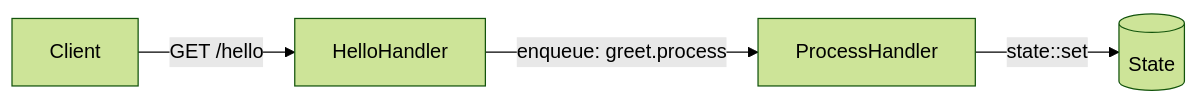
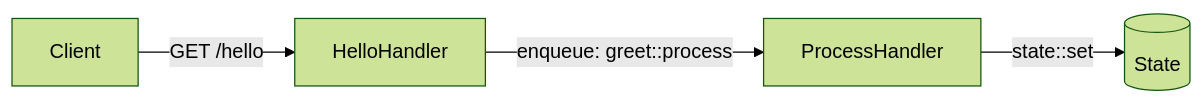
The diagram in docs/content/examples/hello-world.mdx (MotiaDev/motia), drawn with Mermaid (forest theme) before and after one commit. The commit also changed other lines of this file and 46 other files, not shown here.

````diff
--- a/docs/content/examples/hello-world.mdx
+++ b/docs/content/examples/hello-world.mdx
@@ -9,6 +9,6 @@
 ```mermaid
 graph LR
     Client -->|"GET /hello"| HelloHandler
-    HelloHandler -->|"enqueue: greet.process"| ProcessHandler
+    HelloHandler -->|"enqueue: greet::process"| ProcessHandler
     ProcessHandler -->|"state::set"| State[(State)]
 ```
````
